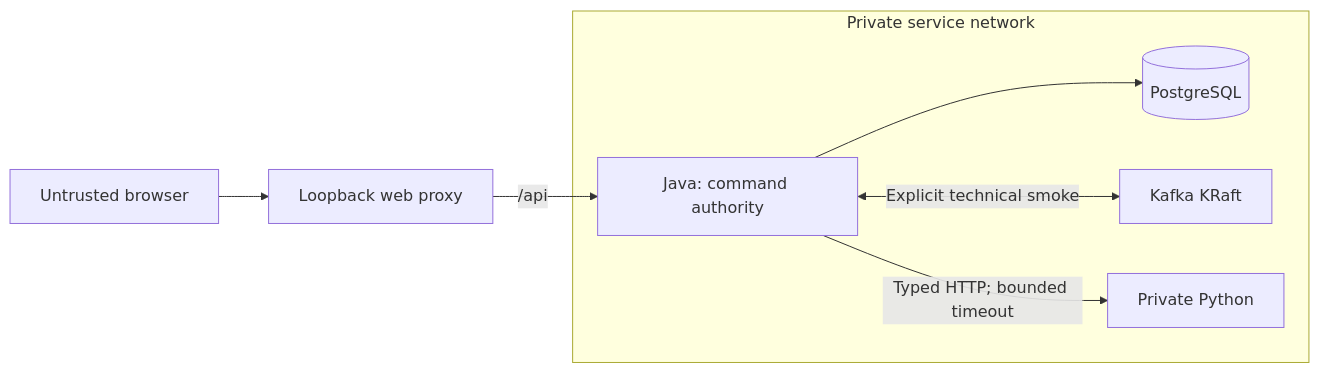
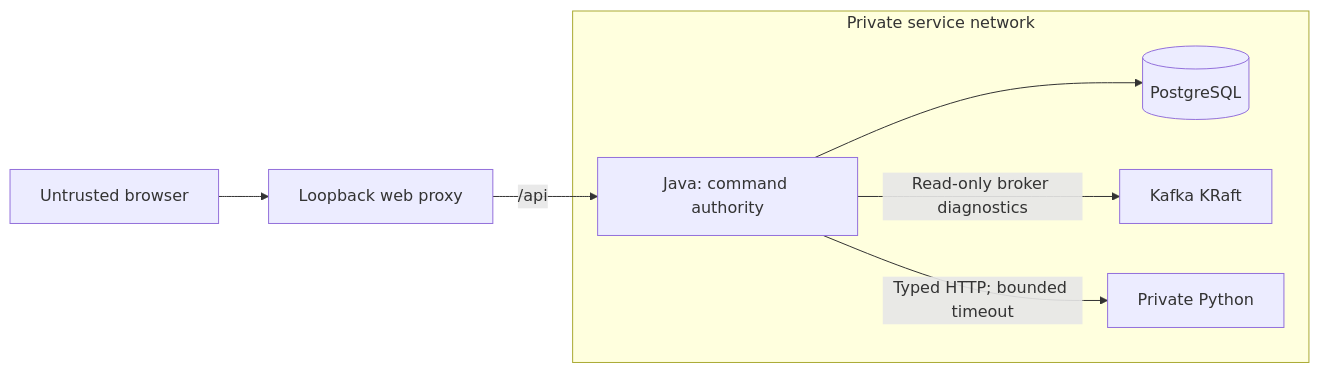
One commit to MiloszPodsiadly/StockRescue changed the diagram in documents/architecture.md. Above: the diagram before and after it, drawn with Mermaid. The commit also changed other lines of this file and 15 other files, not shown here.

````diff
--- a/documents/architecture.md
+++ b/documents/architecture.md
@@ -17,10 +17,10 @@
 ```mermaid
 flowchart LR
     browser["Untrusted browser"] --> proxy["Loopback web proxy"]
     subgraph internal["Private service network"]
         java["Java: command authority"] --> pg[("PostgreSQL")]
-        java <-->|"Explicit technical smoke"| kafka["Kafka KRaft"]
+        java -->|"Read-only broker diagnostics"| kafka["Kafka KRaft"]
         java -->|"Typed HTTP; bounded timeout"| python["Private Python"]
     end
     proxy -->|"/api"| java
 ```
````
